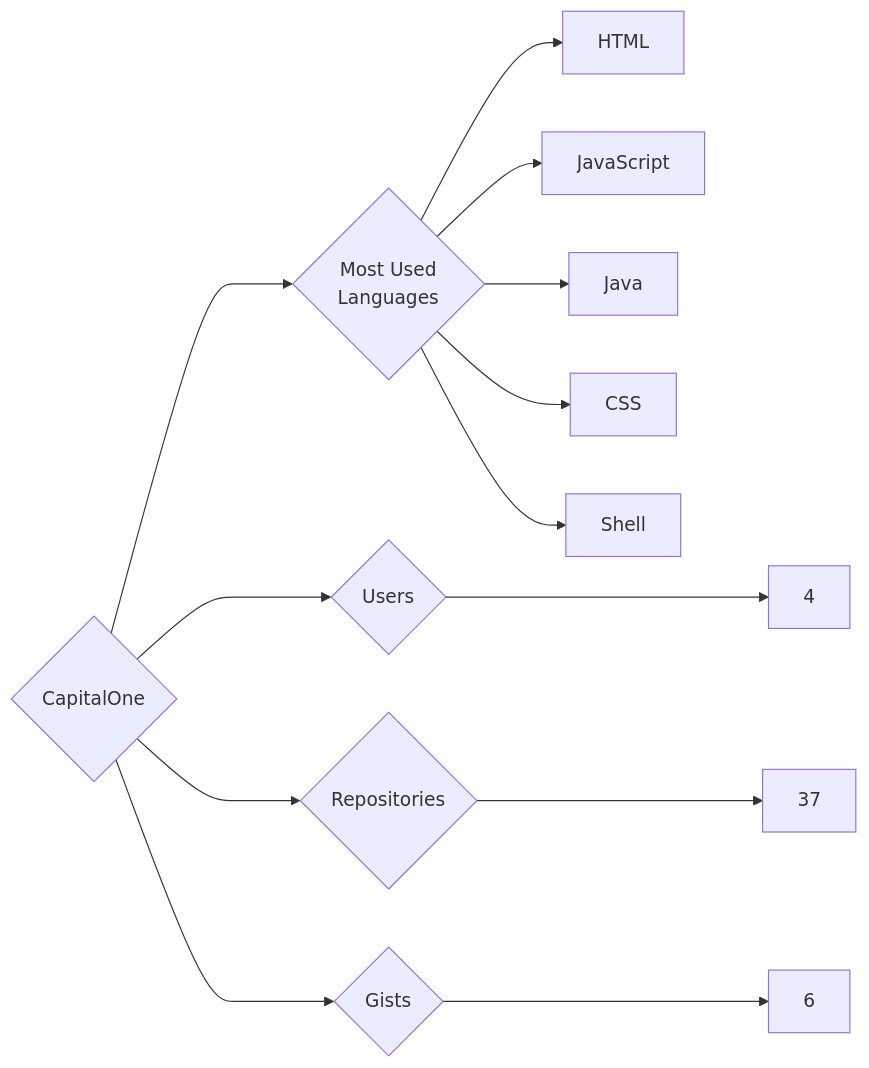
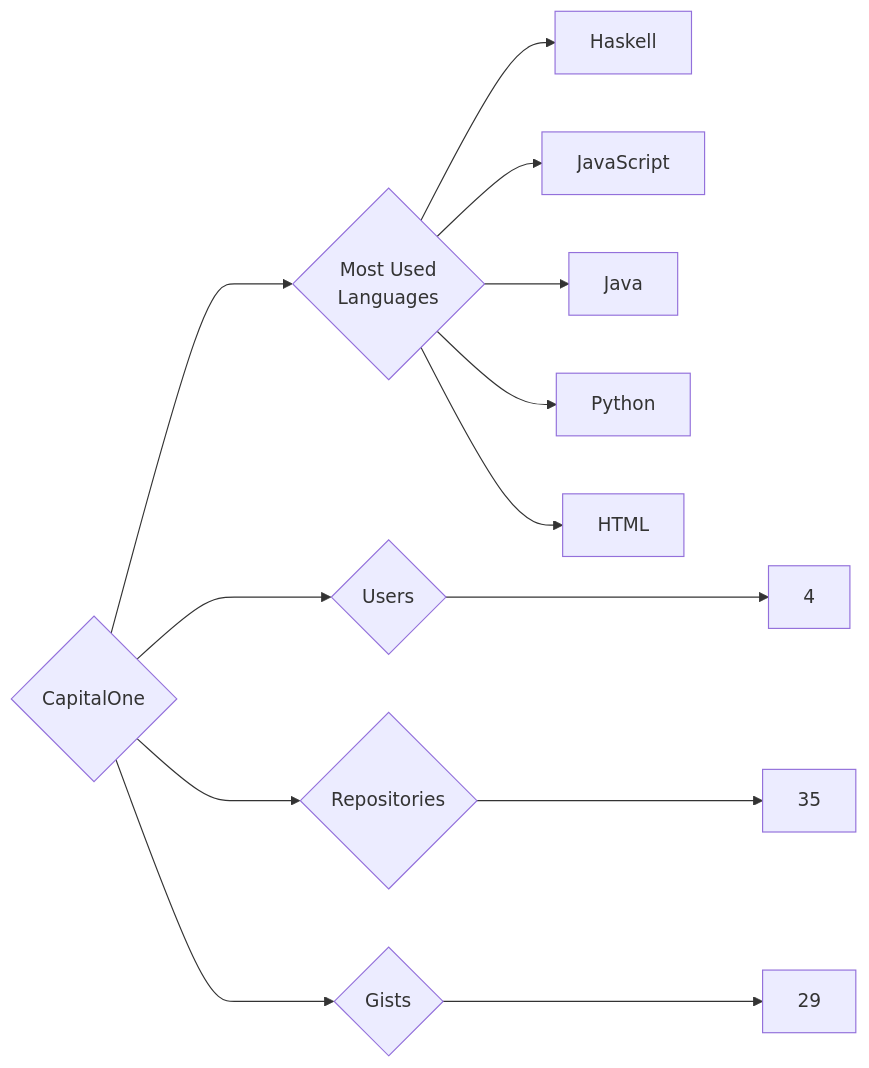
The diagram in targets/CapitalOne/README.md (trickest/insiders), drawn with Mermaid before and after one commit. The commit also changed 559 other files, not shown here.

````diff
--- a/targets/CapitalOne/README.md
+++ b/targets/CapitalOne/README.md
@@ -3,13 +3,13 @@
 ```mermaid
 graph LR
 COMPANY_NAME{CapitalOne}
 COMPANY_NAME ---> U{Users} ---> UN[4]
-COMPANY_NAME ---> R{Repositories} ---> RN[37]
-COMPANY_NAME ---> G{Gists} ---> GN[6]
+COMPANY_NAME ---> R{Repositories} ---> RN[35]
+COMPANY_NAME ---> G{Gists} ---> GN[29]
 COMPANY_NAME ---> ML{Most Used<br>Languages}
-ML --> HTML[HTML]
+ML --> Haskell[Haskell]
 ML --> JavaScript[JavaScript]
 ML --> Java[Java]
-ML --> CSS[CSS]
-ML --> Shell[Shell]
+ML --> Python[Python]
+ML --> HTML[HTML]
 ```
````
